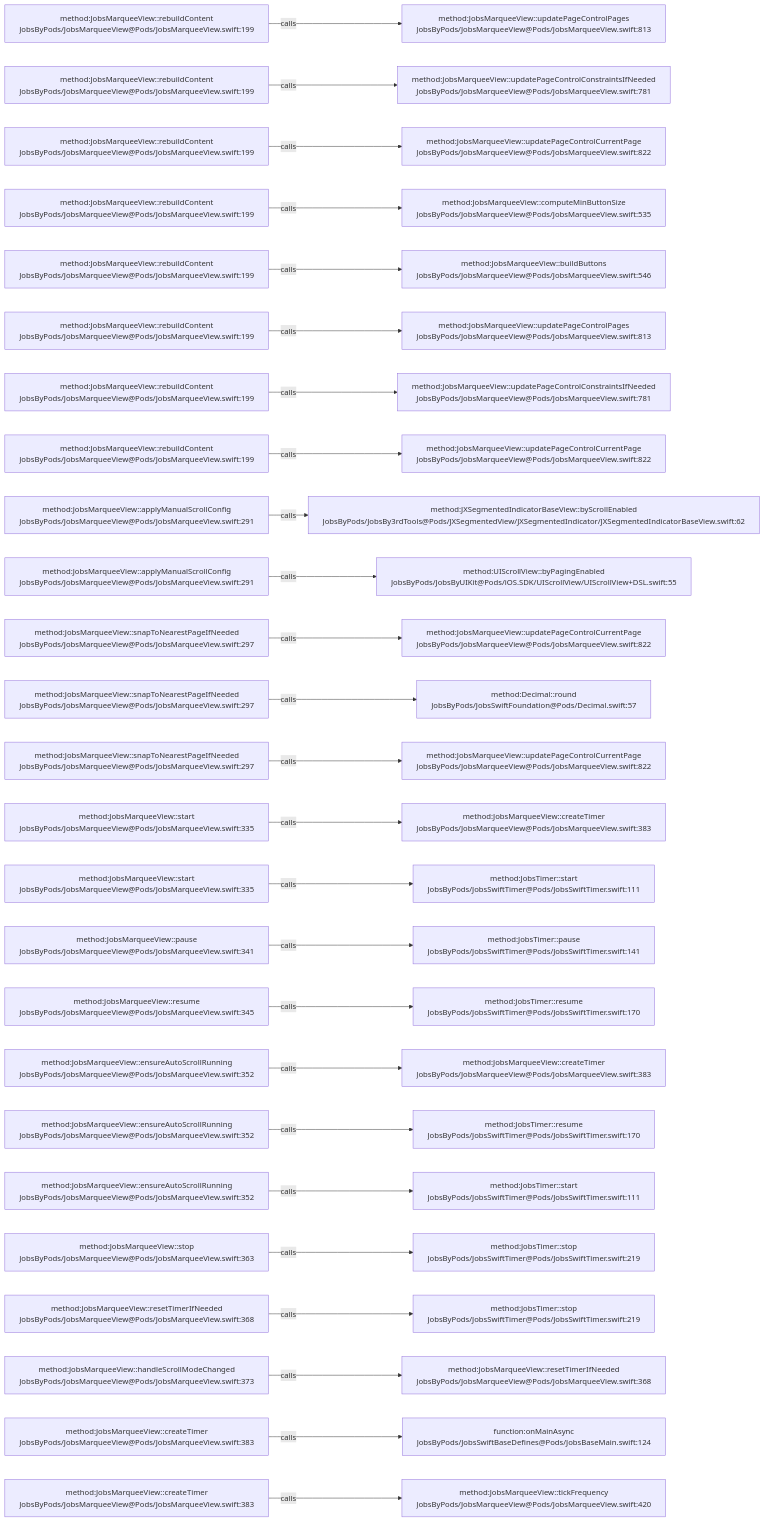
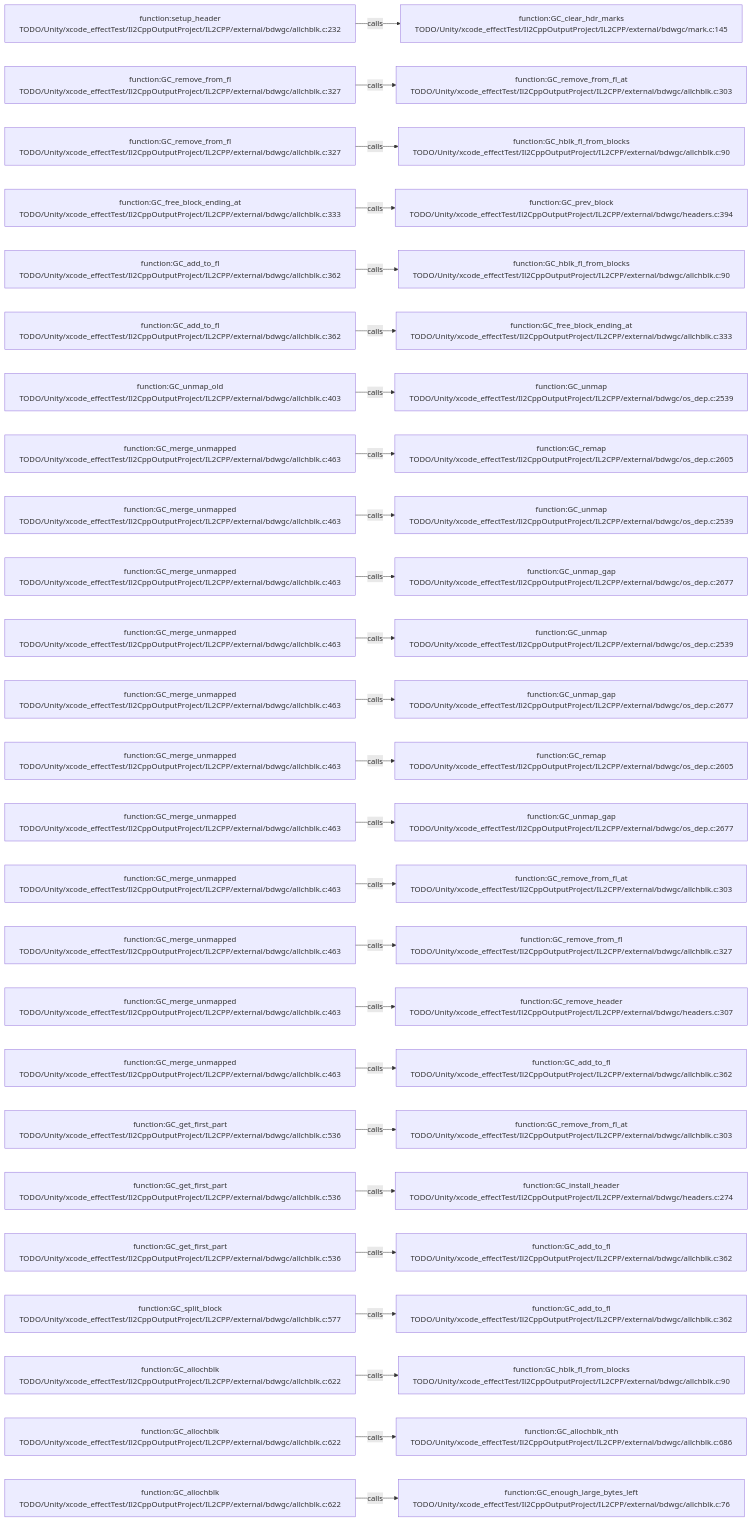
One commit to JobsKits/JobsSwiftBaseConfigDemo changed the diagram in .codegraph/codegraph.md/graphs/calls-142.md. Above: the diagram before and after it, drawn with Mermaid. The commit also changed 569 other files, not shown here.

````diff
--- a/.codegraph/codegraph.md/graphs/calls-142.md
+++ b/.codegraph/codegraph.md/graphs/calls-142.md
@@ -13,78 +13,78 @@
 ```mermaid
 flowchart LR
-  S1["method:JobsMarqueeView::rebuildContent<br/>JobsByPods/JobsMarqueeView@Pods/JobsMarqueeView.swift:199"]
-  T1["method:JobsMarqueeView::updatePageControlPages<br/>JobsByPods/JobsMarqueeView@Pods/JobsMarqueeView.swift:813"]
+  S1["function:setup_header<br/>TODO/Unity/xcode_effectTest/Il2CppOutputProject/IL2CPP/external/bdwgc/allchblk.c:232"]
+  T1["function:GC_clear_hdr_marks<br/>TODO/Unity/xcode_effectTest/Il2CppOutputProject/IL2CPP/external/bdwgc/mark.c:145"]
   S1 -->|calls| T1
-  S2["method:JobsMarqueeView::rebuildContent<br/>JobsByPods/JobsMarqueeView@Pods/JobsMarqueeView.swift:199"]
-  T2["method:JobsMarqueeView::updatePageControlConstraintsIfNeeded<br/>JobsByPods/JobsMarqueeView@Pods/JobsMarqueeView.swift:781"]
+  S2["function:GC_remove_from_fl<br/>TODO/Unity/xcode_effectTest/Il2CppOutputProject/IL2CPP/external/bdwgc/allchblk.c:327"]
+  T2["function:GC_remove_from_fl_at<br/>TODO/Unity/xcode_effectTest/Il2CppOutputProject/IL2CPP/external/bdwgc/allchblk.c:303"]
   S2 -->|calls| T2
-  S3["method:JobsMarqueeView::rebuildContent<br/>JobsByPods/JobsMarqueeView@Pods/JobsMarqueeView.swift:199"]
-  T3["method:JobsMarqueeView::updatePageControlCurrentPage<br/>JobsByPods/JobsMarqueeView@Pods/JobsMarqueeView.swift:822"]
+  S3["function:GC_remove_from_fl<br/>TODO/Unity/xcode_effectTest/Il2CppOutputProject/IL2CPP/external/bdwgc/allchblk.c:327"]
+  T3["function:GC_hblk_fl_from_blocks<br/>TODO/Unity/xcode_effectTest/Il2CppOutputProject/IL2CPP/external/bdwgc/allchblk.c:90"]
   S3 -->|calls| T3
-  S4["method:JobsMarqueeView::rebuildContent<br/>JobsByPods/JobsMarqueeView@Pods/JobsMarqueeView.swift:199"]
-  T4["method:JobsMarqueeView::computeMinButtonSize<br/>JobsByPods/JobsMarqueeView@Pods/JobsMarqueeView.swift:535"]
+  S4["function:GC_free_block_ending_at<br/>TODO/Unity/xcode_effectTest/Il2CppOutputProject/IL2CPP/external/bdwgc/allchblk.c:333"]
+  T4["function:GC_prev_block<br/>TODO/Unity/xcode_effectTest/Il2CppOutputProject/IL2CPP/external/bdwgc/headers.c:394"]
   S4 -->|calls| T4
-  S5["method:JobsMarqueeView::rebuildContent<br/>JobsByPods/JobsMarqueeView@Pods/JobsMarqueeView.swift:199"]
-  T5["method:JobsMarqueeView::buildButtons<br/>JobsByPods/JobsMarqueeView@Pods/JobsMarqueeView.swift:546"]
+  S5["function:GC_add_to_fl<br/>TODO/Unity/xcode_effectTest/Il2CppOutputProject/IL2CPP/external/bdwgc/allchblk.c:362"]
+  T5["function:GC_hblk_fl_from_blocks<br/>TODO/Unity/xcode_effectTest/Il2CppOutputProject/IL2CPP/external/bdwgc/allchblk.c:90"]
   S5 -->|calls| T5
-  S6["method:JobsMarqueeView::rebuildContent<br/>JobsByPods/JobsMarqueeView@Pods/JobsMarqueeView.swift:199"]
-  T6["method:JobsMarqueeView::updatePageControlPages<br/>JobsByPods/JobsMarqueeView@Pods/JobsMarqueeView.swift:813"]
+  S6["function:GC_add_to_fl<br/>TODO/Unity/xcode_effectTest/Il2CppOutputProject/IL2CPP/external/bdwgc/allchblk.c:362"]
+  T6["function:GC_free_block_ending_at<br/>TODO/Unity/xcode_effectTest/Il2CppOutputProject/IL2CPP/external/bdwgc/allchblk.c:333"]
   S6 -->|calls| T6
-  S7["method:JobsMarqueeView::rebuildContent<br/>JobsByPods/JobsMarqueeView@Pods/JobsMarqueeView.swift:199"]
-  T7["method:JobsMarqueeView::updatePageControlConstraintsIfNeeded<br/>JobsByPods/JobsMarqueeView@Pods/JobsMarqueeView.swift:781"]
+  S7["function:GC_unmap_old<br/>TODO/Unity/xcode_effectTest/Il2CppOutputProject/IL2CPP/external/bdwgc/allchblk.c:403"]
+  T7["function:GC_unmap<br/>TODO/Unity/xcode_effectTest/Il2CppOutputProject/IL2CPP/external/bdwgc/os_dep.c:2539"]
   S7 -->|calls| T7
-  S8["method:JobsMarqueeView::rebuildContent<br/>JobsByPods/JobsMarqueeView@Pods/JobsMarqueeView.swift:199"]
-  T8["method:JobsMarqueeView::updatePageControlCurrentPage<br/>JobsByPods/JobsMarqueeView@Pods/JobsMarqueeView.swift:822"]
+  S8["function:GC_merge_unmapped<br/>TODO/Unity/xcode_effectTest/Il2CppOutputProject/IL2CPP/external/bdwgc/allchblk.c:463"]
+  T8["function:GC_remap<br/>TODO/Unity/xcode_effectTest/Il2CppOutputProject/IL2CPP/external/bdwgc/os_dep.c:2605"]
   S8 -->|calls| T8
-  S9["method:JobsMarqueeView::applyManualScrollConfig<br/>JobsByPods/JobsMarqueeView@Pods/JobsMarqueeView.swift:291"]
-  T9["method:JXSegmentedIndicatorBaseView::byScrollEnabled<br/>JobsByPods/JobsBy3rdTools@Pods/JXSegmentedView/JXSegmentedIndicator/JXSegmentedIndicatorBaseView.swift:62"]
+  S9["function:GC_merge_unmapped<br/>TODO/Unity/xcode_effectTest/Il2CppOutputProject/IL2CPP/external/bdwgc/allchblk.c:463"]
+  T9["function:GC_unmap<br/>TODO/Unity/xcode_effectTest/Il2CppOutputProject/IL2CPP/external/bdwgc/os_dep.c:2539"]
   S9 -->|calls| T9
-  S10["method:JobsMarqueeView::applyManualScrollConfig<br/>JobsByPods/JobsMarqueeView@Pods/JobsMarqueeView.swift:291"]
-  T10["method:UIScrollView::byPagingEnabled<br/>JobsByPods/JobsByUIKit@Pods/iOS.SDK/UIScrollView/UIScrollView+DSL.swift:55"]
+  S10["function:GC_merge_unmapped<br/>TODO/Unity/xcode_effectTest/Il2CppOutputProject/IL2CPP/external/bdwgc/allchblk.c:463"]
+  T10["function:GC_unmap_gap<br/>TODO/Unity/xcode_effectTest/Il2CppOutputProject/IL2CPP/external/bdwgc/os_dep.c:2677"]
   S10 -->|calls| T10
-  S11["method:JobsMarqueeView::snapToNearestPageIfNeeded<br/>JobsByPods/JobsMarqueeView@Pods/JobsMarqueeView.swift:297"]
-  T11["method:JobsMarqueeView::updatePageControlCurrentPage<br/>JobsByPods/JobsMarqueeView@Pods/JobsMarqueeView.swift:822"]
+  S11["function:GC_merge_unmapped<br/>TODO/Unity/xcode_effectTest/Il2CppOutputProject/IL2CPP/external/bdwgc/allchblk.c:463"]
+  T11["function:GC_unmap<br/>TODO/Unity/xcode_effectTest/Il2CppOutputProject/IL2CPP/external/bdwgc/os_dep.c:2539"]
   S11 -->|calls| T11
-  S12["method:JobsMarqueeView::snapToNearestPageIfNeeded<br/>JobsByPods/JobsMarqueeView@Pods/JobsMarqueeView.swift:297"]
-  T12["method:Decimal::round<br/>JobsByPods/JobsSwiftFoundation@Pods/Decimal.swift:57"]
+  S12["function:GC_merge_unmapped<br/>TODO/Unity/xcode_effectTest/Il2CppOutputProject/IL2CPP/external/bdwgc/allchblk.c:463"]
+  T12["function:GC_unmap_gap<br/>TODO/Unity/xcode_effectTest/Il2CppOutputProject/IL2CPP/external/bdwgc/os_dep.c:2677"]
   S12 -->|calls| T12
-  S13["method:JobsMarqueeView::snapToNearestPageIfNeeded<br/>JobsByPods/JobsMarqueeView@Pods/JobsMarqueeView.swift:297"]
-  T13["method:JobsMarqueeView::updatePageControlCurrentPage<br/>JobsByPods/JobsMarqueeView@Pods/JobsMarqueeView.swift:822"]
+  S13["function:GC_merge_unmapped<br/>TODO/Unity/xcode_effectTest/Il2CppOutputProject/IL2CPP/external/bdwgc/allchblk.c:463"]
+  T13["function:GC_remap<br/>TODO/Unity/xcode_effectTest/Il2CppOutputProject/IL2CPP/external/bdwgc/os_dep.c:2605"]
   S13 -->|calls| T13
-  S14["method:JobsMarqueeView::start<br/>JobsByPods/JobsMarqueeView@Pods/JobsMarqueeView.swift:335"]
-  T14["method:JobsMarqueeView::createTimer<br/>JobsByPods/JobsMarqueeView@Pods/JobsMarqueeView.swift:383"]
+  S14["function:GC_merge_unmapped<br/>TODO/Unity/xcode_effectTest/Il2CppOutputProject/IL2CPP/external/bdwgc/allchblk.c:463"]
+  T14["function:GC_unmap_gap<br/>TODO/Unity/xcode_effectTest/Il2CppOutputProject/IL2CPP/external/bdwgc/os_dep.c:2677"]
   S14 -->|calls| T14
-  S15["method:JobsMarqueeView::start<br/>JobsByPods/JobsMarqueeView@Pods/JobsMarqueeView.swift:335"]
-  T15["method:JobsTimer::start<br/>JobsByPods/JobsSwiftTimer@Pods/JobsSwiftTimer.swift:111"]
+  S15["function:GC_merge_unmapped<br/>TODO/Unity/xcode_effectTest/Il2CppOutputProject/IL2CPP/external/bdwgc/allchblk.c:463"]
+  T15["function:GC_remove_from_fl_at<br/>TODO/Unity/xcode_effectTest/Il2CppOutputProject/IL2CPP/external/bdwgc/allchblk.c:303"]
   S15 -->|calls| T15
-  S16["method:JobsMarqueeView::pause<br/>JobsByPods/JobsMarqueeView@Pods/JobsMarqueeView.swift:341"]
-  T16["method:JobsTimer::pause<br/>JobsByPods/JobsSwiftTimer@Pods/JobsSwiftTimer.swift:141"]
+  S16["function:GC_merge_unmapped<br/>TODO/Unity/xcode_effectTest/Il2CppOutputProject/IL2CPP/external/bdwgc/allchblk.c:463"]
+  T16["function:GC_remove_from_fl<br/>TODO/Unity/xcode_effectTest/Il2CppOutputProject/IL2CPP/external/bdwgc/allchblk.c:327"]
   S16 -->|calls| T16
-  S17["method:JobsMarqueeView::resume<br/>JobsByPods/JobsMarqueeView@Pods/JobsMarqueeView.swift:345"]
-  T17["method:JobsTimer::resume<br/>JobsByPods/JobsSwiftTimer@Pods/JobsSwiftTimer.swift:170"]
+  S17["function:GC_merge_unmapped<br/>TODO/Unity/xcode_effectTest/Il2CppOutputProject/IL2CPP/external/bdwgc/allchblk.c:463"]
+  T17["function:GC_remove_header<br/>TODO/Unity/xcode_effectTest/Il2CppOutputProject/IL2CPP/external/bdwgc/headers.c:307"]
   S17 -->|calls| T17
-  S18["method:JobsMarqueeView::ensureAutoScrollRunning<br/>JobsByPods/JobsMarqueeView@Pods/JobsMarqueeView.swift:352"]
-  T18["method:JobsMarqueeView::createTimer<br/>JobsByPods/JobsMarqueeView@Pods/JobsMarqueeView.swift:383"]
+  S18["function:GC_merge_unmapped<br/>TODO/Unity/xcode_effectTest/Il2CppOutputProject/IL2CPP/external/bdwgc/allchblk.c:463"]
+  T18["function:GC_add_to_fl<br/>TODO/Unity/xcode_effectTest/Il2CppOutputProject/IL2CPP/external/bdwgc/allchblk.c:362"]
   S18 -->|calls| T18
-  S19["method:JobsMarqueeView::ensureAutoScrollRunning<br/>JobsByPods/JobsMarqueeView@Pods/JobsMarqueeView.swift:352"]
-  T19["method:JobsTimer::resume<br/>JobsByPods/JobsSwiftTimer@Pods/JobsSwiftTimer.swift:170"]
+  S19["function:GC_get_first_part<br/>TODO/Unity/xcode_effectTest/Il2CppOutputProject/IL2CPP/external/bdwgc/allchblk.c:536"]
+  T19["function:GC_remove_from_fl_at<br/>TODO/Unity/xcode_effectTest/Il2CppOutputProject/IL2CPP/external/bdwgc/allchblk.c:303"]
   S19 -->|calls| T19
-  S20["method:JobsMarqueeView::ensureAutoScrollRunning<br/>JobsByPods/JobsMarqueeView@Pods/JobsMarqueeView.swift:352"]
-  T20["method:JobsTimer::start<br/>JobsByPods/JobsSwiftTimer@Pods/JobsSwiftTimer.swift:111"]
+  S20["function:GC_get_first_part<br/>TODO/Unity/xcode_effectTest/Il2CppOutputProject/IL2CPP/external/bdwgc/allchblk.c:536"]
+  T20["function:GC_install_header<br/>TODO/Unity/xcode_effectTest/Il2CppOutputProject/IL2CPP/external/bdwgc/headers.c:274"]
   S20 -->|calls| T20
-  S21["method:JobsMarqueeView::stop<br/>JobsByPods/JobsMarqueeView@Pods/JobsMarqueeView.swift:363"]
-  T21["method:JobsTimer::stop<br/>JobsByPods/JobsSwiftTimer@Pods/JobsSwiftTimer.swift:219"]
+  S21["function:GC_get_first_part<br/>TODO/Unity/xcode_effectTest/Il2CppOutputProject/IL2CPP/external/bdwgc/allchblk.c:536"]
+  T21["function:GC_add_to_fl<br/>TODO/Unity/xcode_effectTest/Il2CppOutputProject/IL2CPP/external/bdwgc/allchblk.c:362"]
   S21 -->|calls| T21
-  S22["method:JobsMarqueeView::resetTimerIfNeeded<br/>JobsByPods/JobsMarqueeView@Pods/JobsMarqueeView.swift:368"]
-  T22["method:JobsTimer::stop<br/>JobsByPods/JobsSwiftTimer@Pods/JobsSwiftTimer.swift:219"]
+  S22["function:GC_split_block<br/>TODO/Unity/xcode_effectTest/Il2CppOutputProject/IL2CPP/external/bdwgc/allchblk.c:577"]
+  T22["function:GC_add_to_fl<br/>TODO/Unity/xcode_effectTest/Il2CppOutputProject/IL2CPP/external/bdwgc/allchblk.c:362"]
   S22 -->|calls| T22
-  S23["method:JobsMarqueeView::handleScrollModeChanged<br/>JobsByPods/JobsMarqueeView@Pods/JobsMarqueeView.swift:373"]
-  T23["method:JobsMarqueeView::resetTimerIfNeeded<br/>JobsByPods/JobsMarqueeView@Pods/JobsMarqueeView.swift:368"]
+  S23["function:GC_allochblk<br/>TODO/Unity/xcode_effectTest/Il2CppOutputProject/IL2CPP/external/bdwgc/allchblk.c:622"]
+  T23["function:GC_hblk_fl_from_blocks<br/>TODO/Unity/xcode_effectTest/Il2CppOutputProject/IL2CPP/external/bdwgc/allchblk.c:90"]
   S23 -->|calls| T23
-  S24["method:JobsMarqueeView::createTimer<br/>JobsByPods/JobsMarqueeView@Pods/JobsMarqueeView.swift:383"]
-  T24["function:onMainAsync<br/>JobsByPods/JobsSwiftBaseDefines@Pods/JobsBaseMain.swift:124"]
+  S24["function:GC_allochblk<br/>TODO/Unity/xcode_effectTest/Il2CppOutputProject/IL2CPP/external/bdwgc/allchblk.c:622"]
+  T24["function:GC_allochblk_nth<br/>TODO/Unity/xcode_effectTest/Il2CppOutputProject/IL2CPP/external/bdwgc/allchblk.c:686"]
   S24 -->|calls| T24
-  S25["method:JobsMarqueeView::createTimer<br/>JobsByPods/JobsMarqueeView@Pods/JobsMarqueeView.swift:383"]
-  T25["method:JobsMarqueeView::tickFrequency<br/>JobsByPods/JobsMarqueeView@Pods/JobsMarqueeView.swift:420"]
+  S25["function:GC_allochblk<br/>TODO/Unity/xcode_effectTest/Il2CppOutputProject/IL2CPP/external/bdwgc/allchblk.c:622"]
+  T25["function:GC_enough_large_bytes_left<br/>TODO/Unity/xcode_effectTest/Il2CppOutputProject/IL2CPP/external/bdwgc/allchblk.c:76"]
   S25 -->|calls| T25
 ```
````
